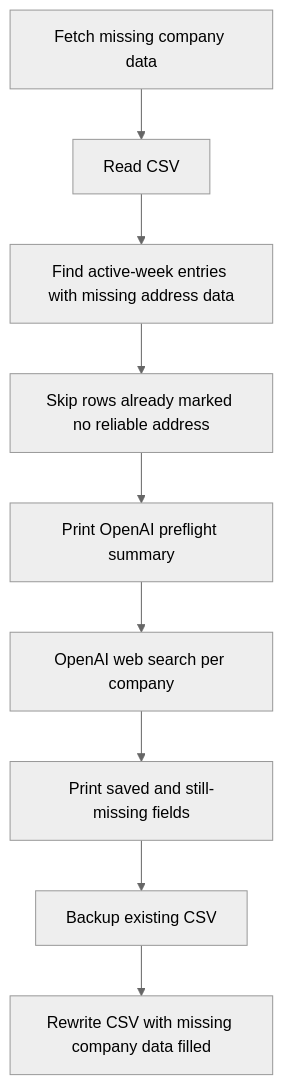
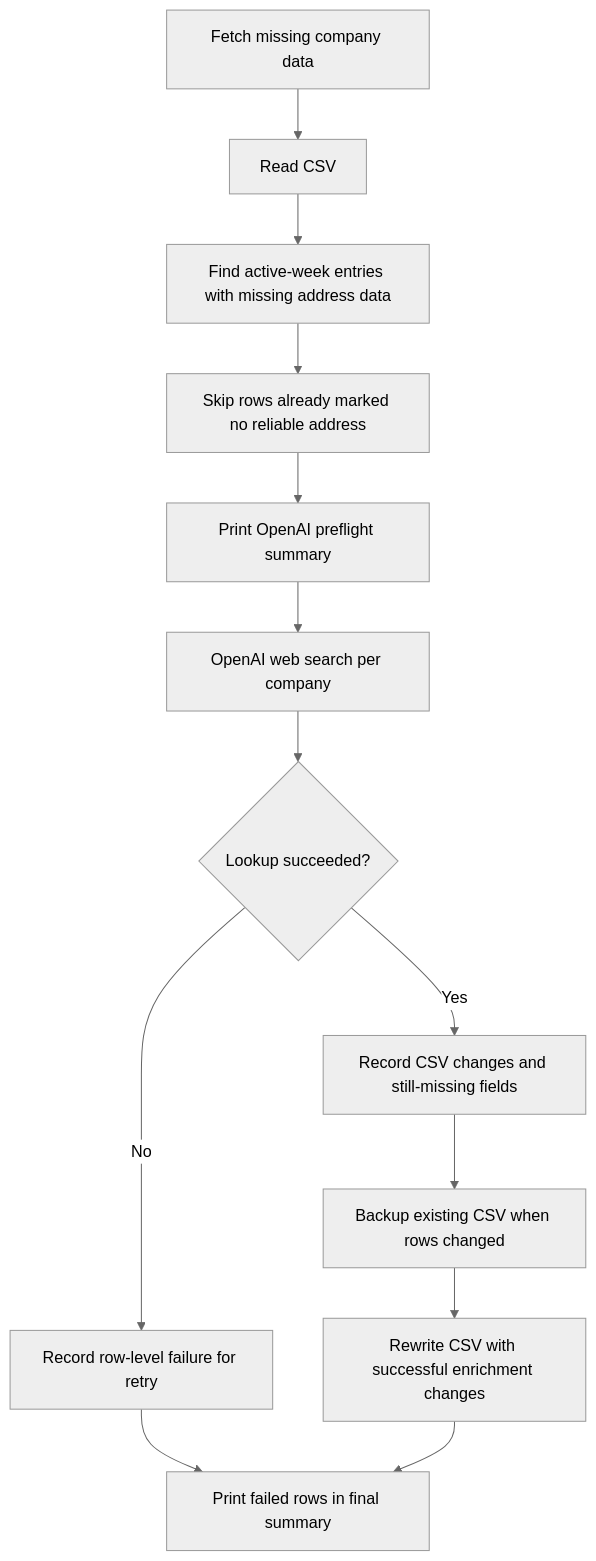
The fifth of 5 diagrams in README.md (idahotallpaul/work-search-reporter), drawn with Mermaid (neutral theme) before and after one commit. The commit also changed other lines of this file and 2 other files, not shown here.

Commit message:
Handle enrichment lookup failures gracefully

````diff
--- a/README.md
+++ b/README.md
@@ -231,11 +233,15 @@
 ```mermaid
 flowchart TD
   A["Fetch missing company data"] --> B["Read CSV"]
   B --> C["Find active-week entries with missing address data"]
   C --> D["Skip rows already marked no reliable address"]
   D --> E["Print OpenAI preflight summary"]
   E --> F["OpenAI web search per company"]
-  F --> G["Print saved and still-missing fields"]
-  G --> H["Backup existing CSV"]
-  H --> I["Rewrite CSV with missing company data filled"]
+  F --> G{"Lookup succeeded?"}
+  G -->|Yes| H["Record CSV changes and still-missing fields"]
+  G -->|No| I["Record row-level failure for retry"]
+  H --> J["Backup existing CSV when rows changed"]
+  J --> K["Rewrite CSV with successful enrichment changes"]
+  I --> L["Print failed rows in final summary"]
+  K --> L
 ```
````
